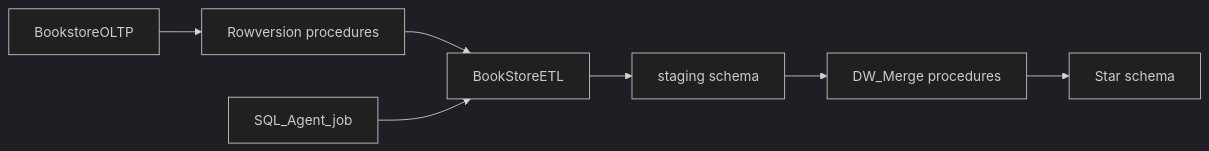
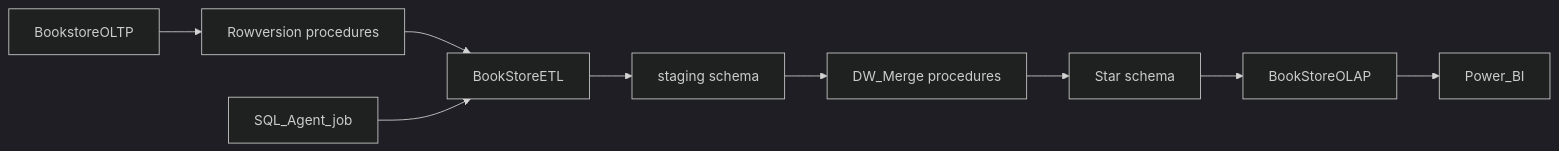
The first of 4 diagrams in README.md (gutierrezcoimbra/MIA-V1E6-Data-Management), drawn with Mermaid (dark theme) before and after one commit. The commit also changed other lines of this file and 6 other files, not shown here.

````diff
--- a/README.md
+++ b/README.md
@@ -33,17 +34,21 @@
 ```mermaid
 flowchart LR
     OLTP[BookstoreOLTP]
     CDC[Rowversion procedures]
     SSIS[BookStoreETL]
     Staging[staging schema]
     Merge[DW_Merge procedures]
     Star[Star schema]
     Agent[SQL_Agent_job]
+    Tabular[BookStoreOLAP]
+    PBI[Power_BI]
 
     OLTP --> CDC
     CDC --> SSIS
     Agent --> SSIS
     SSIS --> Staging
     Staging --> Merge
     Merge --> Star
+    Star --> Tabular
+    Tabular --> PBI
 ```
````
